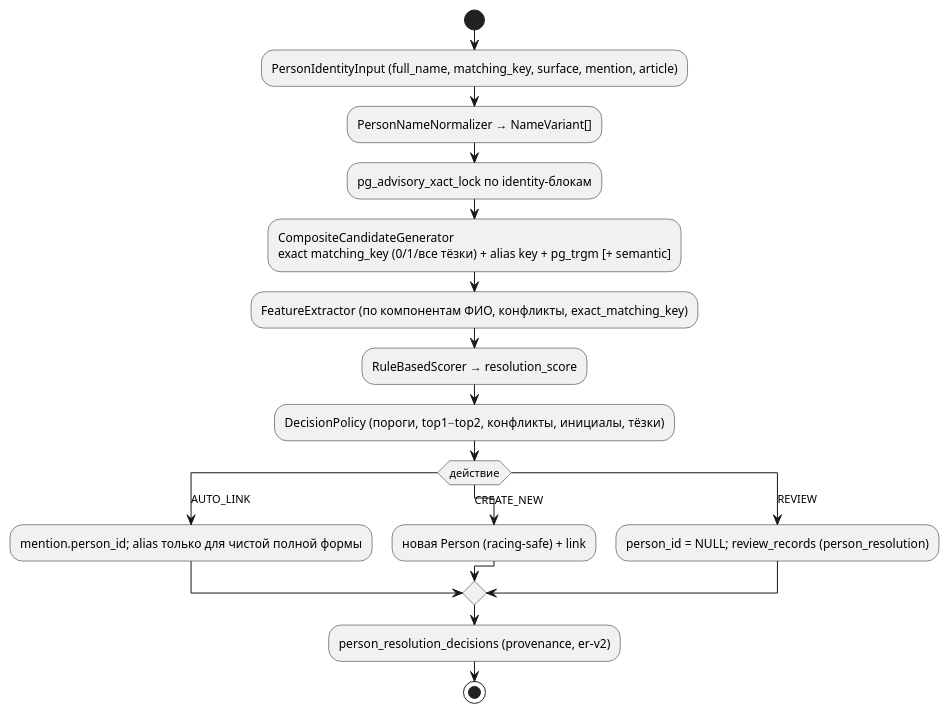
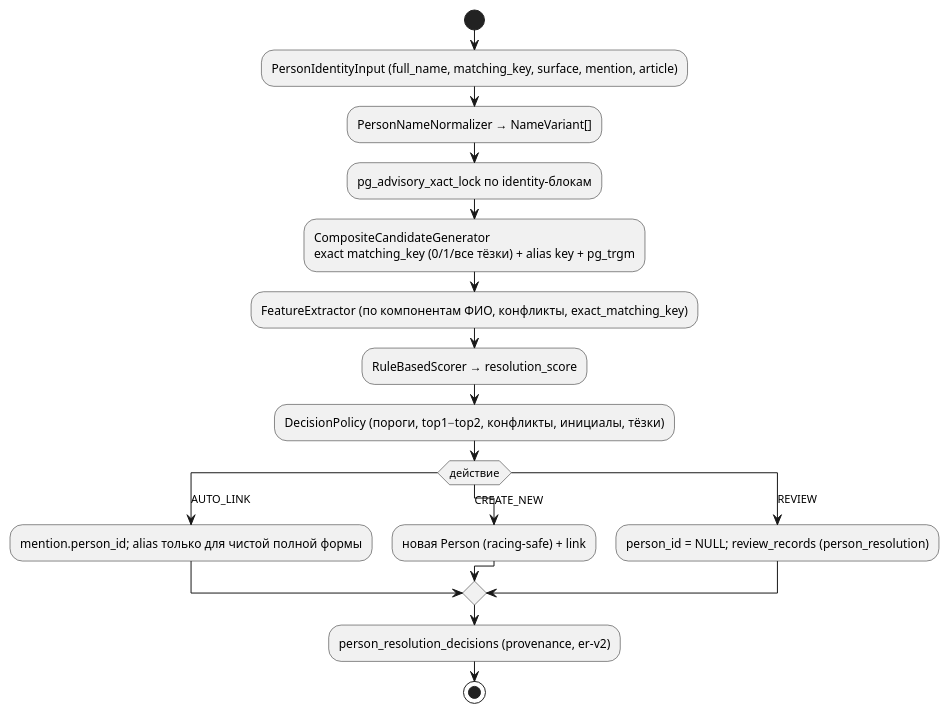
Before and after one commit to megannnn98/court-monitor: the first of 2 diagrams in docs/wiki/Entity-Resolution.md, drawn with PlantUML. The commit also changed other lines of this file and 33 other files, not shown here.

````diff
--- a/docs/wiki/Entity-Resolution.md
+++ b/docs/wiki/Entity-Resolution.md
@@ -24,22 +24,22 @@
 ```plantuml
 @startuml
 start
 :PersonIdentityInput (full_name, matching_key, surface, mention, article);
 :PersonNameNormalizer → NameVariant[];
 :pg_advisory_xact_lock по identity-блокам;
-:CompositeCandidateGenerator\nexact matching_key (0/1/все тёзки) + alias key + pg_trgm [+ semantic];
+:CompositeCandidateGenerator\nexact matching_key (0/1/все тёзки) + alias key + pg_trgm;
 :FeatureExtractor (по компонентам ФИО, конфликты, exact_matching_key);
 :RuleBasedScorer → resolution_score;
 :DecisionPolicy (пороги, top1−top2, конфликты, инициалы, тёзки);
 switch (действие)
 case (AUTO_LINK)
   :mention.person_id; alias только для чистой полной формы;
 case (CREATE_NEW)
   :новая Person (racing-safe) + link;
 case (REVIEW)
   :person_id = NULL; review_records (person_resolution);
 endswitch
 :person_resolution_decisions (provenance, er-v2);
 stop
 @enduml
 ```
````
